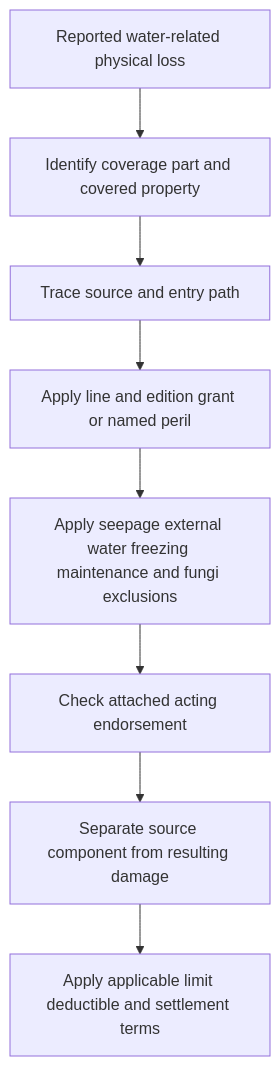
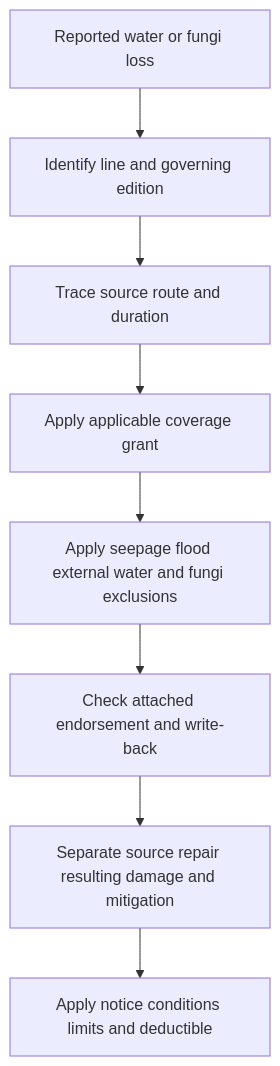
Before and after one commit to eugeneliu-86/openwiki-insurance-corpus: the diagram in openwiki/coverage/perils/water-damage.md, drawn with Mermaid. The commit also changed other lines of this file and 19 other files, not shown here.

````diff
--- a/openwiki/coverage/perils/water-damage.md
+++ b/openwiki/coverage/perils/water-damage.md
@@ -35,10 +41,10 @@
 ```mermaid
 flowchart TD
-  loss["Reported water-related physical loss"] --> part["Identify coverage part and covered property"]
-  part --> source["Trace source and entry path"]
-  source --> grant["Apply line and edition grant or named peril"]
-  grant --> exclusion["Apply seepage external water freezing maintenance and fungi exclusions"]
-  exclusion --> endorsement["Check attached acting endorsement"]
-  endorsement --> resulting["Separate source component from resulting damage"]
-  resulting --> limit["Apply applicable limit deductible and settlement terms"]
+  report["Reported water or fungi loss"] --> edition["Identify line and governing edition"]
+  edition --> facts["Trace source route and duration"]
+  facts --> grant["Apply applicable coverage grant"]
+  grant --> exclusions["Apply seepage flood external water and fungi exclusions"]
+  exclusions --> endorsement["Check attached endorsement and write-back"]
+  endorsement --> result["Separate source repair resulting damage and mitigation"]
+  result --> amount["Apply notice conditions limits and deductible"]
 ```
````
